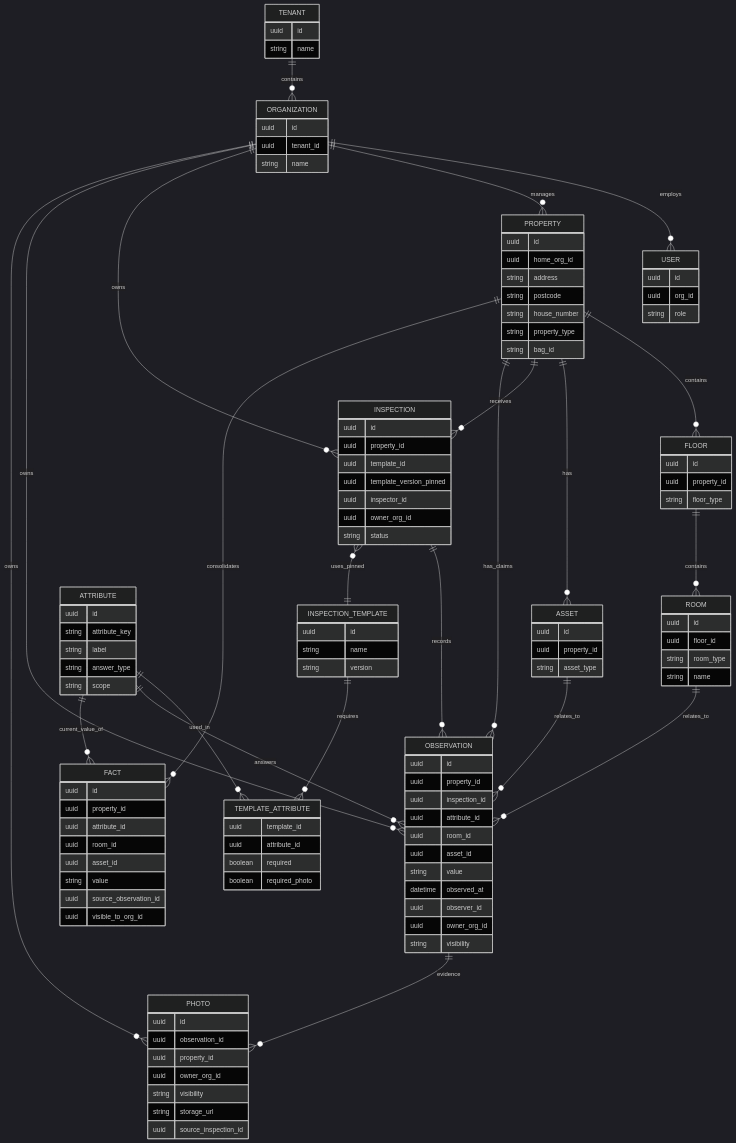
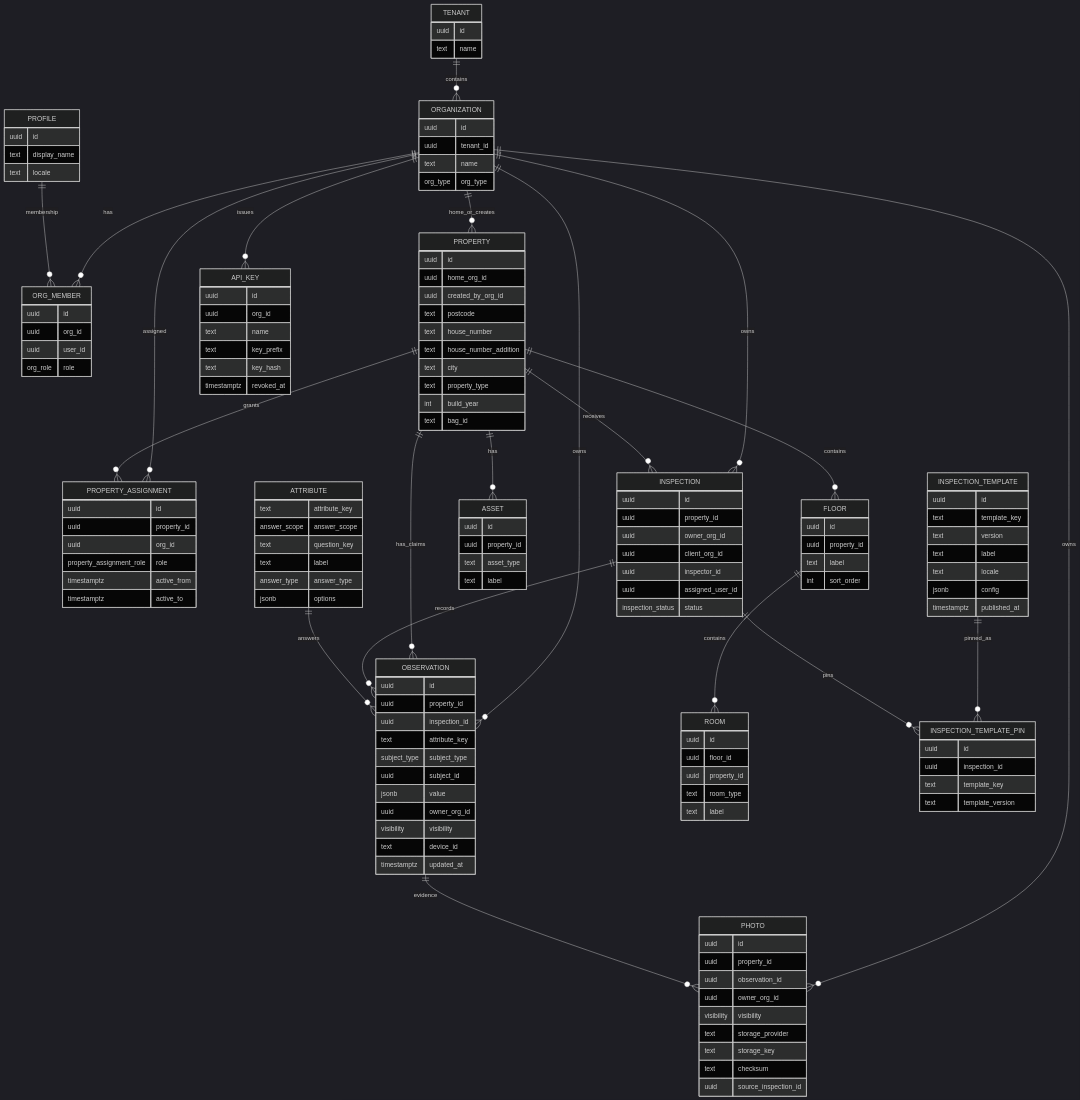
One commit to Lorddo/OpnameApp changed the diagram in .cursor/docs/diagrams/er-detailed.md. Above: the diagram before and after it, drawn with Mermaid (dark theme). The commit also changed other lines of this file and 143 other files, not shown here.

````diff
--- a/.cursor/docs/diagrams/er-detailed.md
+++ b/.cursor/docs/diagrams/er-detailed.md
@@ -32,142 +24,165 @@
 erDiagram
 
     TENANT ||--o{ ORGANIZATION : contains
-    ORGANIZATION ||--o{ USER : employs
-    ORGANIZATION ||--o{ PROPERTY : manages
+    ORGANIZATION ||--o{ ORG_MEMBER : has
+    PROFILE ||--o{ ORG_MEMBER : membership
+    ORGANIZATION ||--o{ PROPERTY : home_or_creates
+    ORGANIZATION ||--o{ PROPERTY_ASSIGNMENT : assigned
+    PROPERTY ||--o{ PROPERTY_ASSIGNMENT : grants
     ORGANIZATION ||--o{ INSPECTION : owns
     ORGANIZATION ||--o{ OBSERVATION : owns
     ORGANIZATION ||--o{ PHOTO : owns
+    ORGANIZATION ||--o{ API_KEY : issues
 
     PROPERTY ||--o{ FLOOR : contains
     FLOOR ||--o{ ROOM : contains
-
     PROPERTY ||--o{ ASSET : has
     PROPERTY ||--o{ INSPECTION : receives
     PROPERTY ||--o{ OBSERVATION : has_claims
-    PROPERTY ||--o{ FACT : consolidates
 
-    ATTRIBUTE ||--o{ TEMPLATE_ATTRIBUTE : used_in
-    INSPECTION_TEMPLATE ||--o{ TEMPLATE_ATTRIBUTE : requires
-
+    INSPECTION_TEMPLATE ||--o{ INSPECTION_TEMPLATE_PIN : pinned_as
+    INSPECTION ||--o{ INSPECTION_TEMPLATE_PIN : pins
     INSPECTION ||--o{ OBSERVATION : records
-    INSPECTION }o--|| INSPECTION_TEMPLATE : uses_pinned
-
-    ROOM ||--o{ OBSERVATION : relates_to
-    ASSET ||--o{ OBSERVATION : relates_to
     ATTRIBUTE ||--o{ OBSERVATION : answers
-    ATTRIBUTE ||--o{ FACT : current_value_of
-
     OBSERVATION ||--o{ PHOTO : evidence
 
     TENANT {
         uuid id
-        string name
+        text name
     }
 
     ORGANIZATION {
         uuid id
         uuid tenant_id
-        string name
+        text name
+        org_type org_type
     }
 
-    USER {
+    PROFILE {
+        uuid id
+        text display_name
+        text locale
+    }
+
+    ORG_MEMBER {
         uuid id
         uuid org_id
-        string role
+        uuid user_id
+        org_role role
     }
 
     PROPERTY {
         uuid id
         uuid home_org_id
-        string address
-        string postcode
-        string house_number
-        string property_type
-        string bag_id
+        uuid created_by_org_id
+        text postcode
+        text house_number
+        text house_number_addition
+        text city
+        text property_type
+        int build_year
+        text bag_id
+    }
+
+    PROPERTY_ASSIGNMENT {
+        uuid id
+        uuid property_id
+        uuid org_id
+        property_assignment_role role
+        timestamptz active_from
+        timestamptz active_to
     }
 
     FLOOR {
         uuid id
         uuid property_id
-        string floor_type
+        text label
+        int sort_order
     }
 
     ROOM {
         uuid id
         uuid floor_id
-        string room_type
-        string name
+        uuid property_id
+        text room_type
+        text label
     }
 
     ASSET {
         uuid id
         uuid property_id
-        string asset_type
+        text asset_type
+        text label
+    }
+
+    ATTRIBUTE {
+        text attribute_key
+        answer_scope answer_scope
+        text question_key
+        text label
+        answer_type answer_type
+        jsonb options
     }
 
     INSPECTION_TEMPLATE {
         uuid id
-        string name
-        string version
-    }
-
-    ATTRIBUTE {
-        uuid id
-        string attribute_key
-        string label
-        string answer_type
-        string scope
-    }
-
-    TEMPLATE_ATTRIBUTE {
-        uuid template_id
-        uuid attribute_id
-        boolean required
-        boolean required_photo
+        text template_key
+        text version
+        text label
+        text locale
+        jsonb config
+        timestamptz published_at
     }
 
     INSPECTION {
         uuid id
         uuid property_id
-        uuid template_id
-        uuid template_version_pinned
+        uuid owner_org_id
+        uuid client_org_id
         uuid inspector_id
-        uuid owner_org_id
-        string status
+        uuid assigned_user_id
+        inspection_status status
+    }
+
+    INSPECTION_TEMPLATE_PIN {
+        uuid id
+        uuid inspection_id
+        text template_key
+        text template_version
     }
 
     OBSERVATION {
         uuid id
         uuid property_id
         uuid inspection_id
-        uuid attribute_id
-        uuid room_id
-        uuid asset_id
-        string value
-        datetime observed_at
-        uuid observer_id
+        text attribute_key
+        subject_type subject_type
+        uuid subject_id
+        jsonb value
         uuid owner_org_id
-        string visibility
-    }
-
-    FACT {
-        uuid id
-        uuid property_id
-        uuid attribute_id
-        uuid room_id
-        uuid asset_id
-        string value
-        uuid source_observation_id
-        uuid visible_to_org_id
+        visibility visibility
+        text device_id
+        timestamptz updated_at
     }
 
     PHOTO {
         uuid id
+        uuid property_id
         uuid observation_id
-        uuid property_id
         uuid owner_org_id
-        string visibility
-        string storage_url
+        visibility visibility
+        text storage_provider
+        text storage_key
+        text checksum
         uuid source_inspection_id
     }
+
+    API_KEY {
+        uuid id
+        uuid org_id
+        text name
+        text key_prefix
+        text key_hash
+        timestamptz revoked_at
+    }
 ```
````
